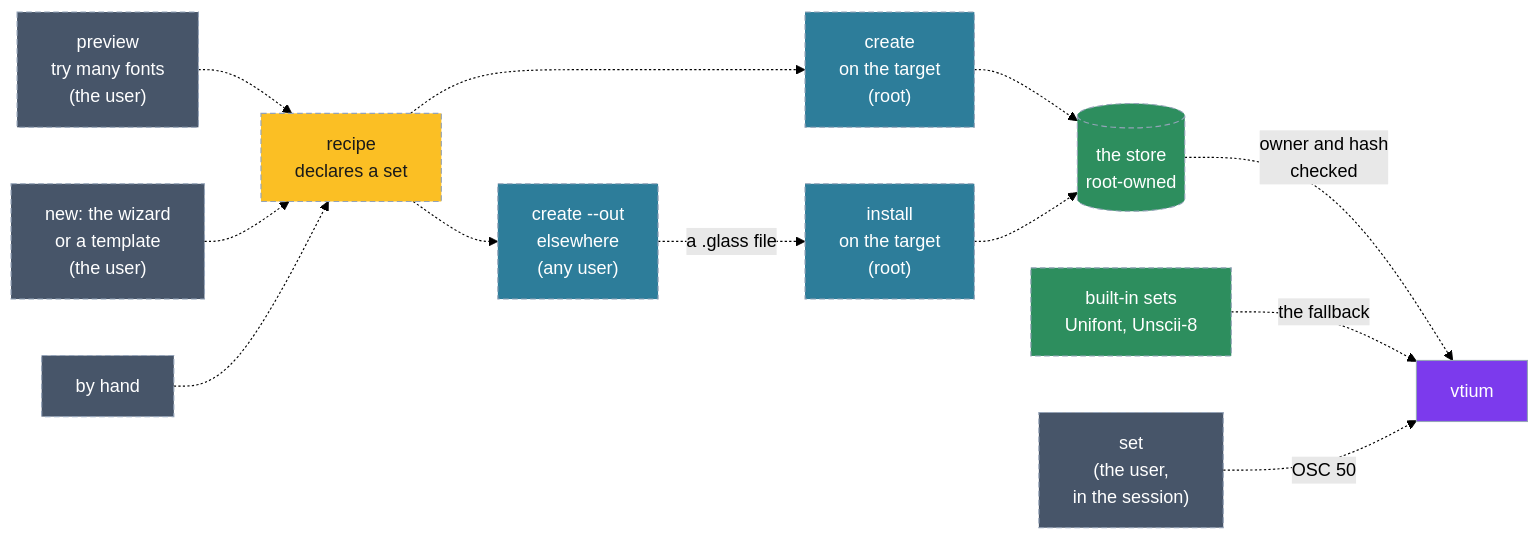
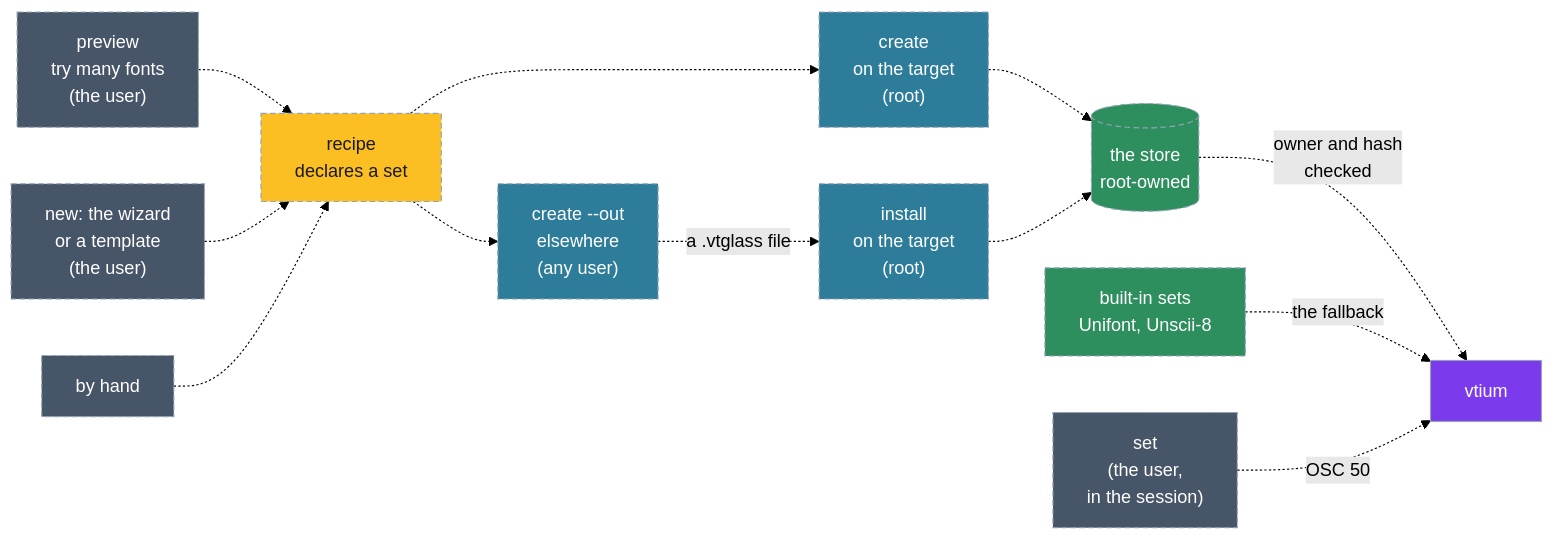
The second of 2 diagrams in docs/concepts.md (vtium/vtium), drawn with Mermaid (forest theme) before and after one commit. The commit also changed other lines of this file and 1 other file, not shown here.

Commit message:
docs(font): a built set's file is .vtglass, after its VTGLASS magic

````diff
--- a/docs/concepts.md
+++ b/docs/concepts.md
@@ -114,24 +114,24 @@
 ```mermaid
 flowchart LR
     P["preview<br>try many fonts<br>(the user)"] -.-> R
     W["new: the wizard<br>or a template<br>(the user)"] -.-> R
     H["by hand"] -.-> R
     R["recipe<br>declares a set"] -.-> C["create<br>on the target<br>(root)"]
     R -.-> O["create --out<br>elsewhere<br>(any user)"]
-    O -.->|"a .glass file"| I["install<br>on the target<br>(root)"]
+    O -.->|"a .vtglass file"| I["install<br>on the target<br>(root)"]
     C -.-> ST[("the store<br>root-owned")]
     I -.-> ST
     ST -.->|"owner and hash<br>checked"| V["vtium"]
     B["built-in sets<br>Unifont, Unscii-8"] -.->|"the fallback"| V
     S["set<br>(the user,<br>in the session)"] -.->|"OSC 50"| V
     classDef step fill:#2d7d9a,color:#ffffff,stroke:#94a3b8,stroke-dasharray:5 3
     classDef core fill:#7c3aed,color:#ffffff,stroke:#94a3b8
     classDef store fill:#2d8e5e,color:#ffffff,stroke:#94a3b8,stroke-dasharray:5 3
     classDef input fill:#fbbf24,color:#1a1a1a,stroke:#94a3b8,stroke-dasharray:5 3
     classDef user fill:#475569,color:#ffffff,stroke:#94a3b8,stroke-dasharray:5 3
     class C,O,I step
     class V core
     class ST,B store
     class R input
     class P,W,H,S user
 ```
````
